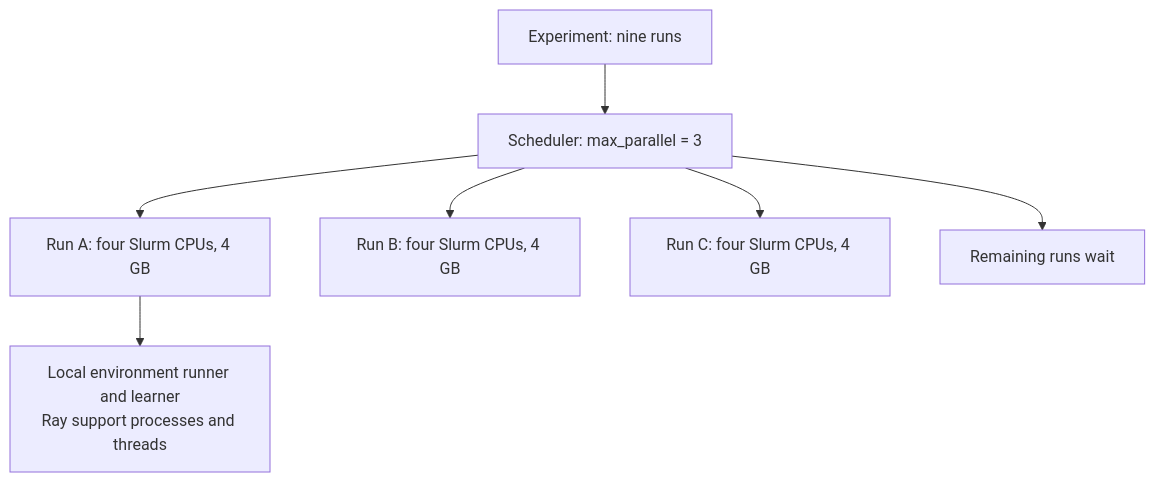
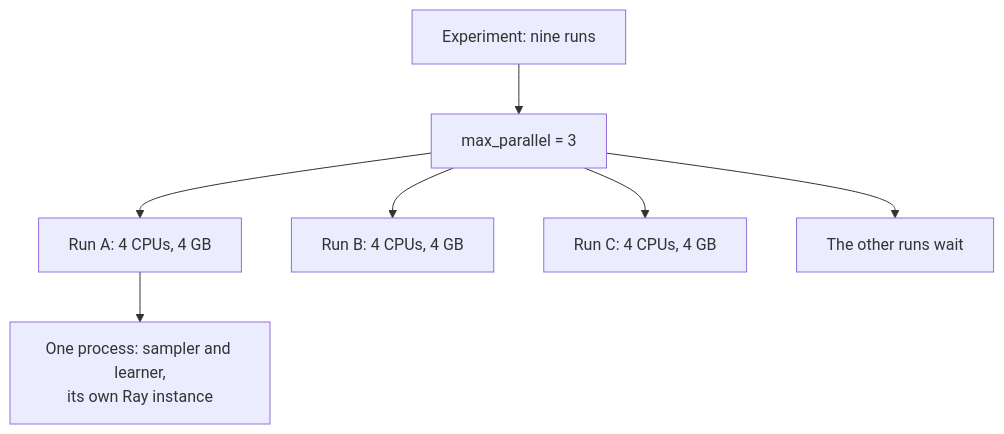
Before and after one commit to KevinRapo/P2P-thesis: the diagram in docs/hpc/resources.md, drawn with Mermaid. The commit also changed other lines of this file and 15 other files, not shown here.

````diff
--- a/docs/hpc/resources.md
+++ b/docs/hpc/resources.md
@@ -21,9 +15,9 @@
 ```mermaid
 flowchart TD
-    E["Experiment: nine runs"] --> S["Scheduler: max_parallel = 3"]
-    S --> A["Run A: four Slurm CPUs, 4 GB"]
-    S --> B["Run B: four Slurm CPUs, 4 GB"]
-    S --> C["Run C: four Slurm CPUs, 4 GB"]
-    S --> Q["Remaining runs wait"]
-    A --> L["Local environment runner and learner<br/>Ray support processes and threads"]
+    E["Experiment: nine runs"] --> S["max_parallel = 3"]
+    S --> A["Run A: 4 CPUs, 4 GB"]
+    S --> B["Run B: 4 CPUs, 4 GB"]
+    S --> C["Run C: 4 CPUs, 4 GB"]
+    S --> Q["The other runs wait"]
+    A --> L["One process: sampler and learner,<br/>its own Ray instance"]
 ```
````
